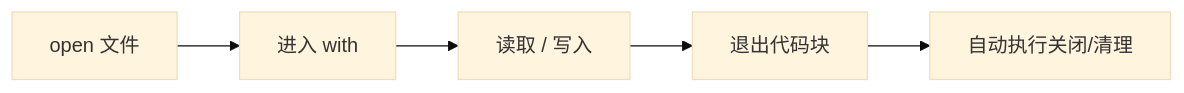
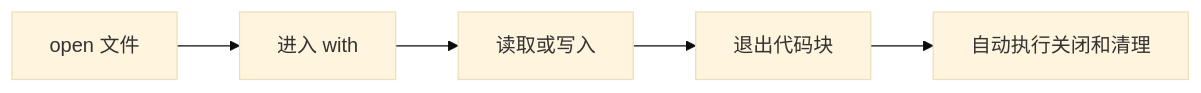
One commit to studyzhige-ui/python-interview-handbook changed the second of 3 diagrams in review/09-异常-文件-模块与导入-图解与自测.md. Above: the diagram before and after it, drawn with Mermaid (base theme). The commit also changed other lines of this file and 11 other files, not shown here.

First line of the commit message:
fix: repair Mermaid rendering across review chapters

````diff
--- a/review/09-异常-文件-模块与导入-图解与自测.md
+++ b/review/09-异常-文件-模块与导入-图解与自测.md
@@ -22,7 +22,7 @@
 ```mermaid
 flowchart LR
-    A[open 文件] --> B[进入 with]
-    B --> C[读取 / 写入]
-    C --> D[退出代码块]
-    D --> E[自动执行关闭/清理]
+    A["open 文件"] --> B["进入 with"]
+    B --> C["读取或写入"]
+    C --> D["退出代码块"]
+    D --> E["自动执行关闭和清理"]
 ```
````
